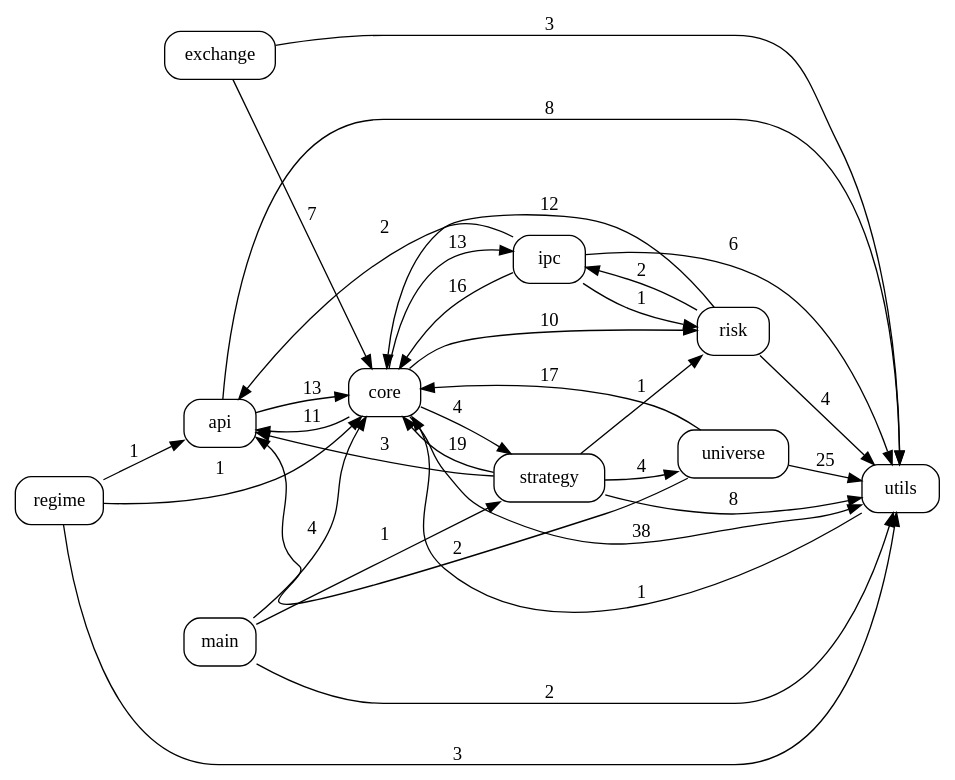
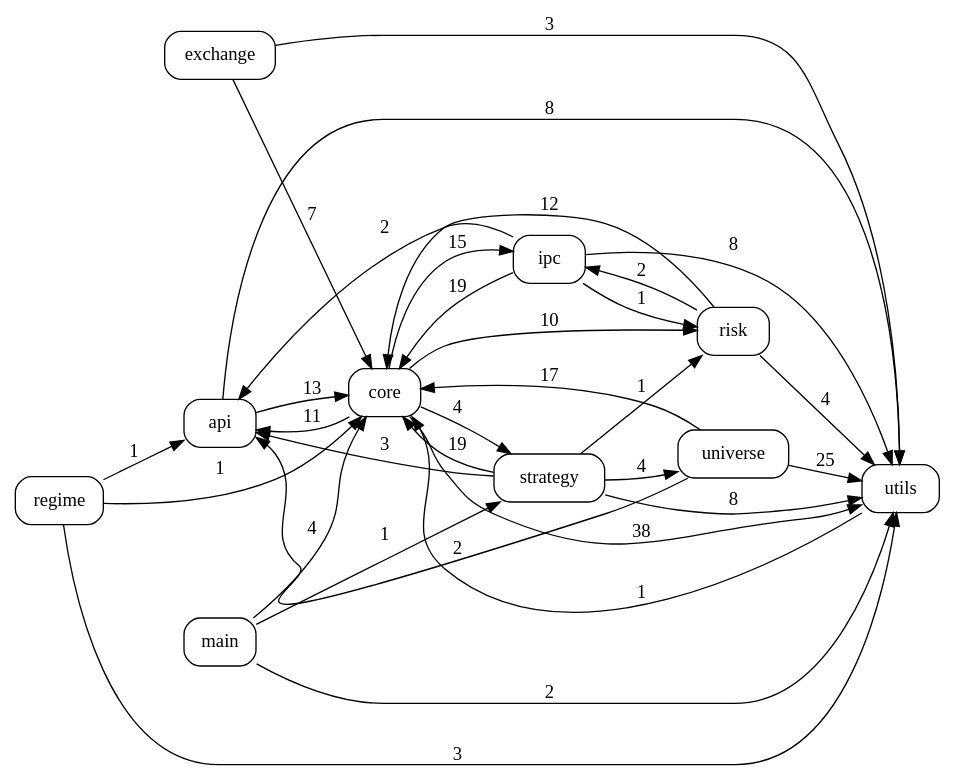
The diagram in docs/code_graph.dot (pypy8171/Quant), drawn with Graphviz before and after one commit. The commit also changed 21 other files, not shown here.

```diff
--- a/docs/code_graph.dot
+++ b/docs/code_graph.dot
@@ -1,45 +1,45 @@
 digraph code_graph {
   rankdir=LR;
   node [shape=box, style=rounded, fontname="Consolas"];
   "api";
   "core";
   "exchange";
   "ipc";
   "main";
   "regime";
   "risk";
   "strategy";
   "universe";
   "utils";
   "api" -> "core" [label="13"];
   "api" -> "utils" [label="8"];
   "core" -> "api" [label="11"];
-  "core" -> "ipc" [label="13"];
+  "core" -> "ipc" [label="15"];
   "core" -> "risk" [label="10"];
   "core" -> "strategy" [label="4"];
   "core" -> "utils" [label="38"];
   "exchange" -> "core" [label="7"];
   "exchange" -> "utils" [label="3"];
   "ipc" -> "api" [label="2"];
-  "ipc" -> "core" [label="16"];
+  "ipc" -> "core" [label="19"];
   "ipc" -> "risk" [label="1"];
-  "ipc" -> "utils" [label="6"];
+  "ipc" -> "utils" [label="8"];
   "main" -> "core" [label="4"];
   "main" -> "strategy" [label="1"];
   "main" -> "utils" [label="2"];
   "regime" -> "api" [label="1"];
   "regime" -> "core" [label="1"];
   "regime" -> "utils" [label="3"];
   "risk" -> "core" [label="12"];
   "risk" -> "ipc" [label="2"];
   "risk" -> "utils" [label="4"];
   "strategy" -> "api" [label="3"];
   "strategy" -> "core" [label="19"];
   "strategy" -> "risk" [label="1"];
   "strategy" -> "universe" [label="4"];
   "strategy" -> "utils" [label="8"];
   "universe" -> "api" [label="2"];
   "universe" -> "core" [label="17"];
   "universe" -> "utils" [label="25"];
   "utils" -> "core" [label="1"];
 }
```
